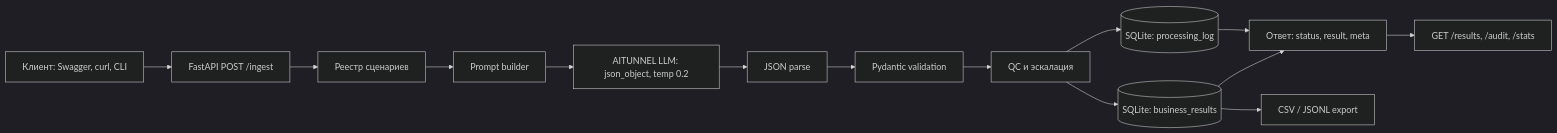
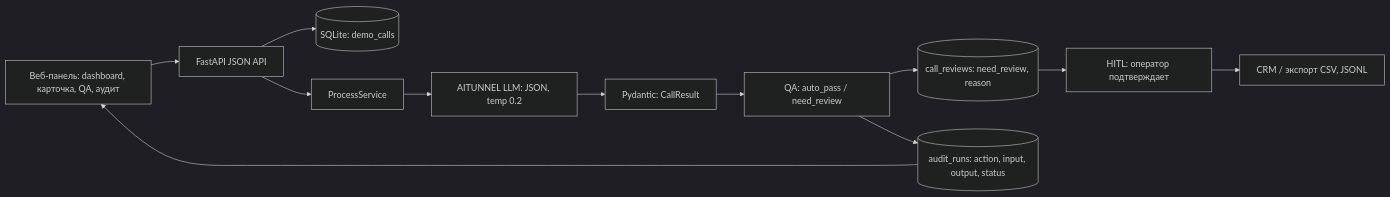
Before and after one commit to markmus11012020-max/Project-by-Lida: the diagram in docs/architecture.mmd, drawn with Mermaid (dark theme). The commit also changed 35 other files, not shown here.

```diff
--- a/docs/architecture.mmd
+++ b/docs/architecture.mmd
@@ -1,14 +1,12 @@
 flowchart LR
-    A[Клиент: Swagger, curl, CLI] --> B[FastAPI POST /ingest]
-    B --> C[Реестр сценариев]
-    C --> D[Prompt builder]
-    D --> E[AITUNNEL LLM: json_object, temp 0.2]
-    E --> F[JSON parse]
-    F --> G[Pydantic validation]
-    G --> H[QC и эскалация]
-    H --> I[(SQLite: processing_log)]
-    H --> J[(SQLite: business_results)]
-    I --> K[Ответ: status, result, meta]
-    J --> K
-    K --> L[GET /results, /audit, /stats]
-    J --> M[CSV / JSONL export]
+    A[Веб-панель: dashboard, карточка, QA, аудит] --> B[FastAPI JSON API]
+    B --> C[(SQLite: demo_calls)]
+    B --> D[ProcessService]
+    D --> E[AITUNNEL LLM: JSON, temp 0.2]
+    E --> F[Pydantic: CallResult]
+    F --> G[QA: auto_pass / need_review]
+    G --> H[(call_reviews: need_review, reason)]
+    G --> I[(audit_runs: action, input, output, status)]
+    H --> J[HITL: оператор подтверждает]
+    J --> K[CRM / экспорт CSV, JSONL]
+    I --> A
```
